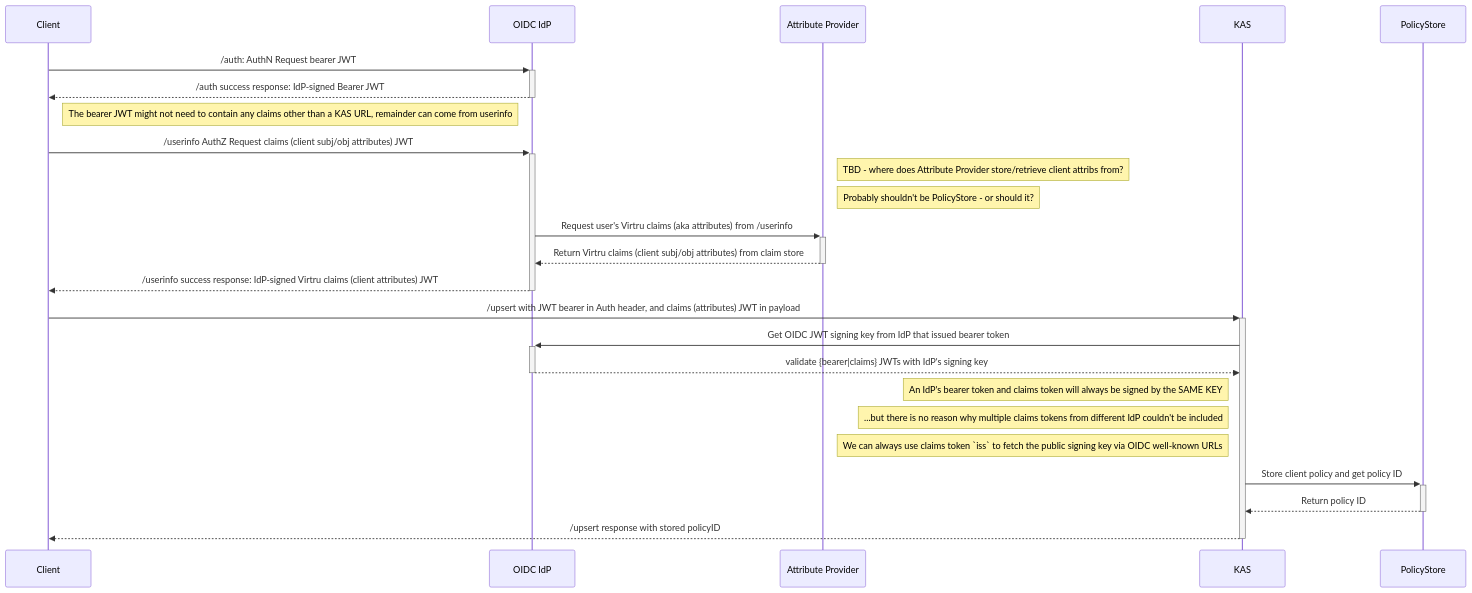
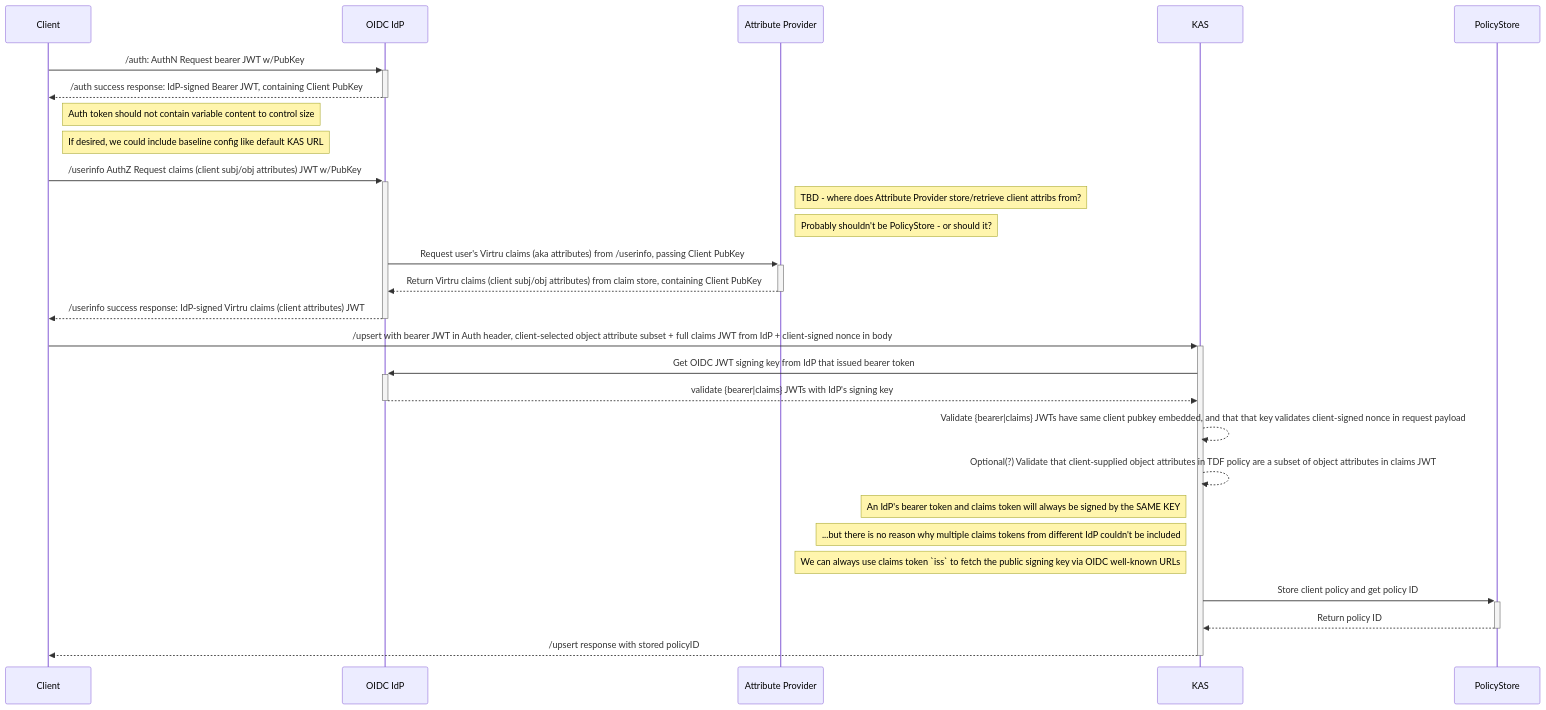
One commit to opentdf/spec changed the diagram in diagrams/oidc-online-upsert.mmd. Above: the diagram before and after it, drawn with Mermaid. The commit also changed 11 other files, not shown here.

Commit message:
Update diagrams some more

```diff
--- a/diagrams/oidc-online-upsert.mmd
+++ b/diagrams/oidc-online-upsert.mmd
@@ -1,32 +1,36 @@
 sequenceDiagram
 
     participant Client
     participant IdP as OIDC IdP
     participant Attribute Provider
     participant KAS
     participant PolicyStore
 
 
 
-        Client->>+IdP: /auth: AuthN Request bearer JWT
-        IdP-->>-Client: /auth success response: IdP-signed Bearer JWT
-        Note right of Client: The bearer JWT might not need to contain any claims other than a KAS URL, remainder can come from userinfo
+        Client->>+IdP: /auth: AuthN Request bearer JWT w/PubKey
+        IdP-->>-Client: /auth success response: IdP-signed Bearer JWT, containing Client PubKey
+        Note right of Client: Auth token should not contain variable content to control size
+        Note right of Client: If desired, we could include baseline config like default KAS URL
 
-        Client->>+IdP: /userinfo AuthZ Request claims (client subj/obj attributes) JWT
+
+        Client->>+IdP: /userinfo AuthZ Request claims (client subj/obj attributes) JWT w/PubKey
         Note right of Attribute Provider: TBD - where does Attribute Provider store/retrieve client attribs from?
         Note right of Attribute Provider: Probably shouldn't be PolicyStore - or should it?
-        IdP->>+Attribute Provider: Request user's Virtru claims (aka attributes) from /userinfo
+        IdP->>+Attribute Provider: Request user's Virtru claims (aka attributes) from /userinfo, passing Client PubKey
 
-        Attribute Provider-->>-IdP: Return Virtru claims (client subj/obj attributes) from claim store
+        Attribute Provider-->>-IdP: Return Virtru claims (client subj/obj attributes) from claim store, containing Client PubKey
         IdP-->>-Client: /userinfo success response: IdP-signed Virtru claims (client attributes) JWT
 
-        Client->>+KAS: /upsert with JWT bearer in Auth header, and claims (attributes) JWT in payload
+        Client->>+KAS: /upsert with bearer JWT in Auth header, client-selected object attribute subset + full claims JWT from IdP + client-signed nonce in body
         KAS->>+IdP: Get OIDC JWT signing key from IdP that issued bearer token
         IdP-->>-KAS: validate {bearer|claims} JWTs with IdP's signing key
+        KAS-->>KAS: Validate {bearer|claims} JWTs have same client pubkey embedded, and that that key validates client-signed nonce in request payload
+        KAS-->>KAS: Optional(?) Validate that client-supplied object attributes in TDF policy are a subset of object attributes in claims JWT
         Note left of KAS: An IdP's bearer token and claims token will always be signed by the SAME KEY
         Note left of KAS: ...but there is no reason why multiple claims tokens from different IdP couldn't be included
         Note left of KAS: We can always use claims token `iss` to fetch the public signing key via OIDC well-known URLs
         KAS->>+PolicyStore: Store client policy and get policy ID
         PolicyStore-->>-KAS: Return policy ID
 
         KAS-->>-Client: /upsert response with stored policyID
```
